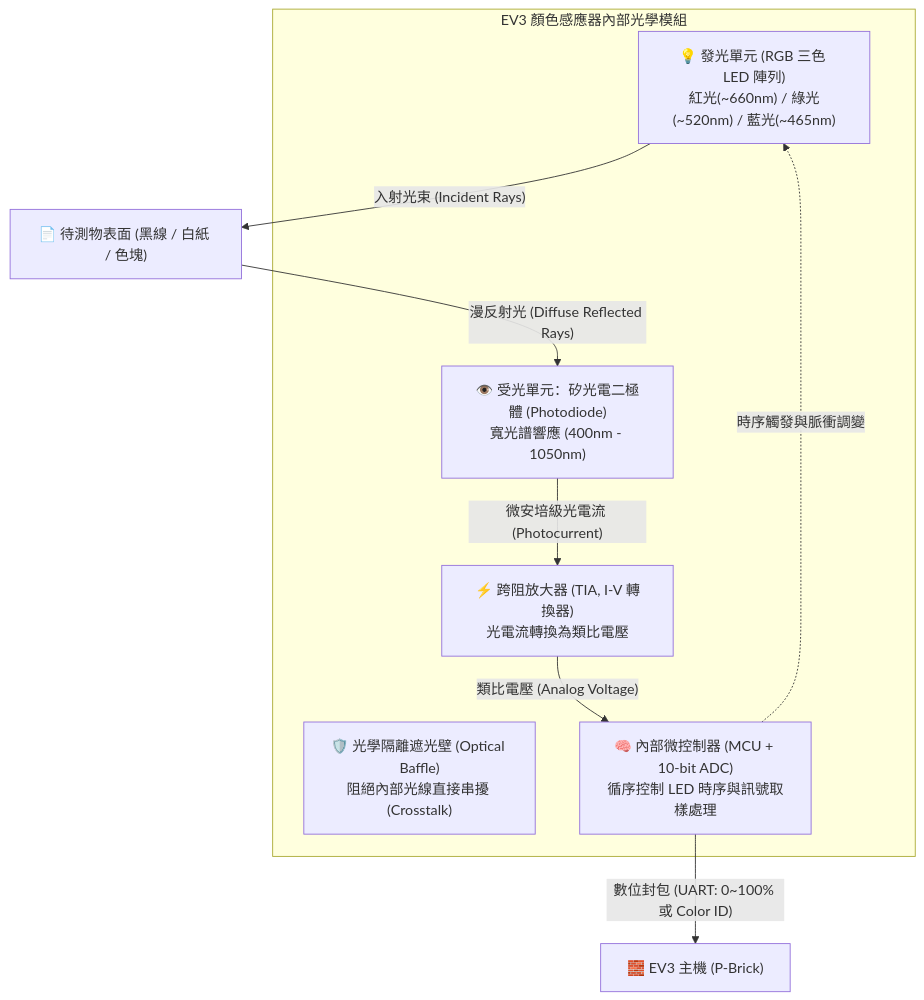
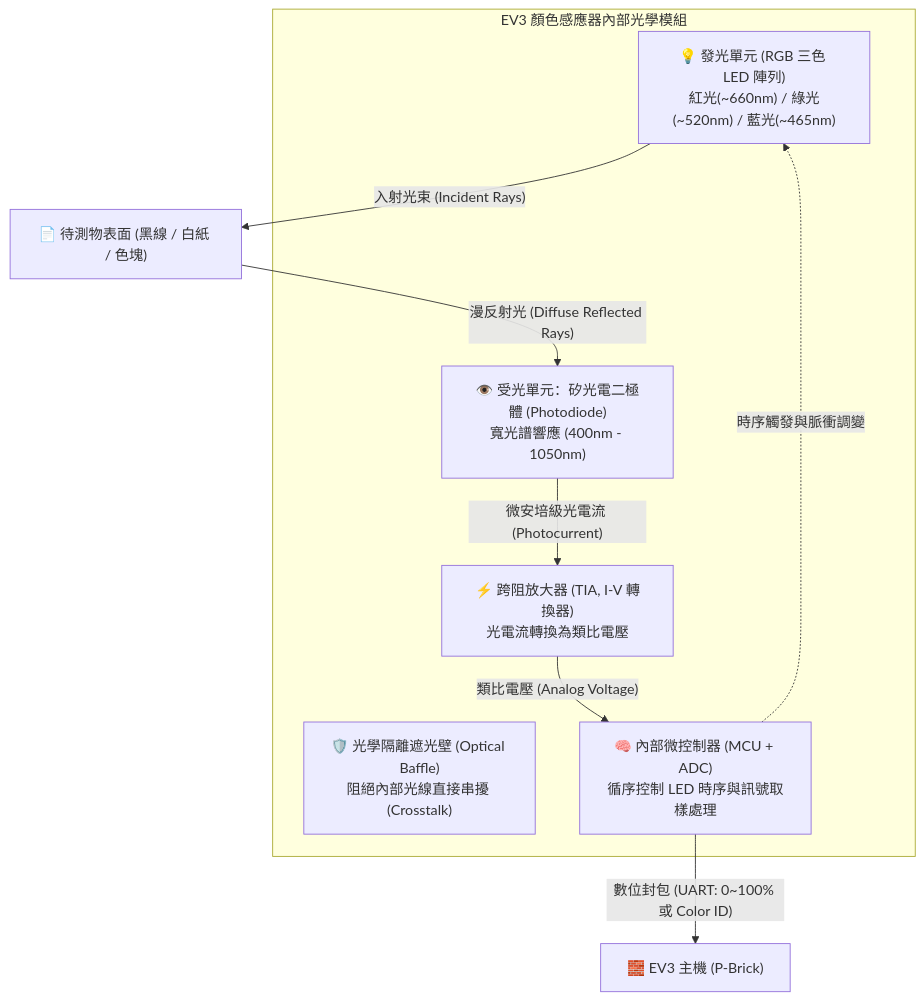
Before and after one commit to joelhoty/onclassbyJoel: the first of 8 diagrams in ev3/ev3_color_sensor_principles.md, drawn with Mermaid. The commit also changed other lines of this file and 5 other files, not shown here.

````diff
--- a/ev3/ev3_color_sensor_principles.md
+++ b/ev3/ev3_color_sensor_principles.md
@@ -39,19 +39,19 @@
 ```mermaid
 graph TD
     subgraph EV3_Color_Sensor["EV3 顏色感應器內部光學模組"]
         LED_Emitter["💡 發光單元 (RGB 三色 LED 陣列)<br>紅光(~660nm) / 綠光(~520nm) / 藍光(~465nm)"]
         Baffle["🛡️ 光學隔離遮光壁 (Optical Baffle)<br>阻絕內部光線直接串擾 (Crosstalk)"]
         Photodiode["👁️ 受光單元：矽光電二極體 (Photodiode)<br>寬光譜響應 (400nm - 1050nm)"]
         TIA["⚡ 跨阻放大器 (TIA, I-V 轉換器)<br>光電流轉換為類比電壓"]
-        MCU["🧠 內部微控制器 (MCU + 10-bit ADC)<br>循序控制 LED 時序與訊號取樣處理"]
+        MCU["🧠 內部微控制器 (MCU + ADC)<br>循序控制 LED 時序與訊號取樣處理"]
     end
 
     Target["📄 待測物表面 (黑線 / 白紙 / 色塊)"]
 
     LED_Emitter -->|"入射光束 (Incident Rays)"| Target
     Target -->|"漫反射光 (Diffuse Reflected Rays)"| Photodiode
     Photodiode -->|"微安培級光電流 (Photocurrent)"| TIA
     TIA -->|"類比電壓 (Analog Voltage)"| MCU
     MCU -.->|"時序觸發與脈衝調變"| LED_Emitter
     MCU -->|"數位封包 (UART: 0~100% 或 Color ID)"| EV3_Brick["🧱 EV3 主機 (P-Brick)"]
 ```
````
